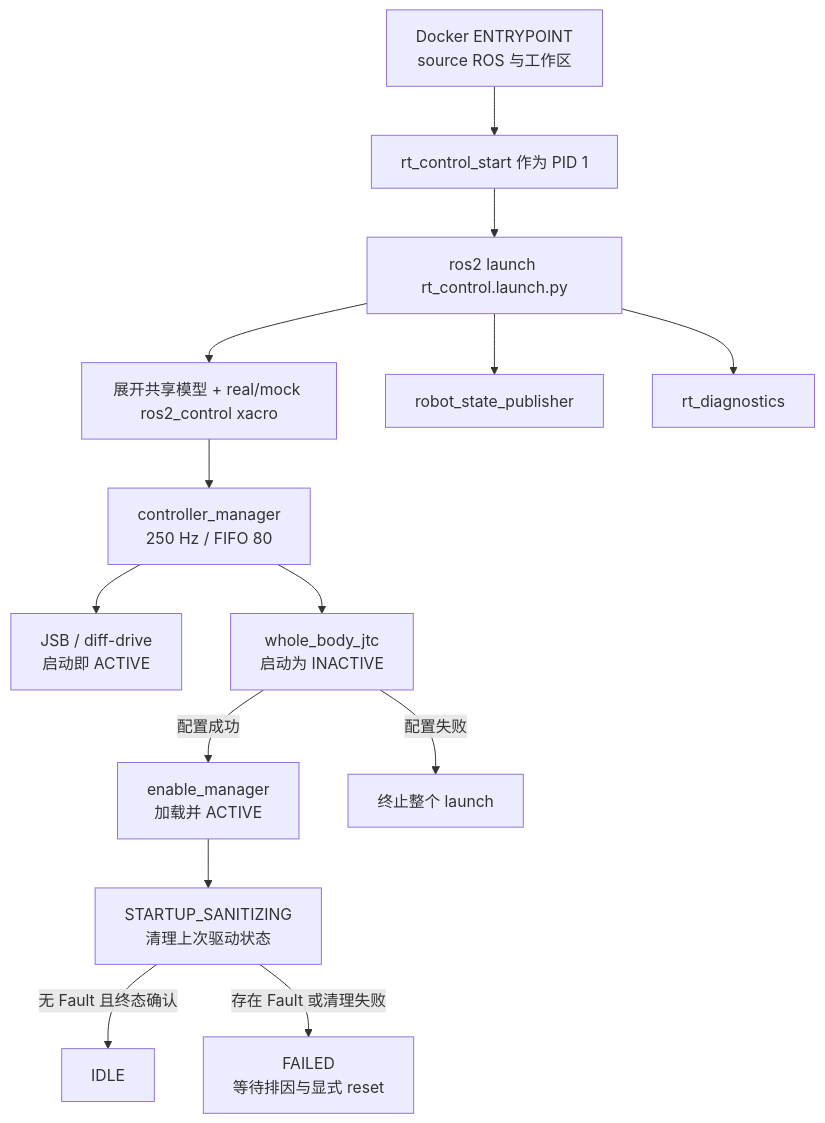
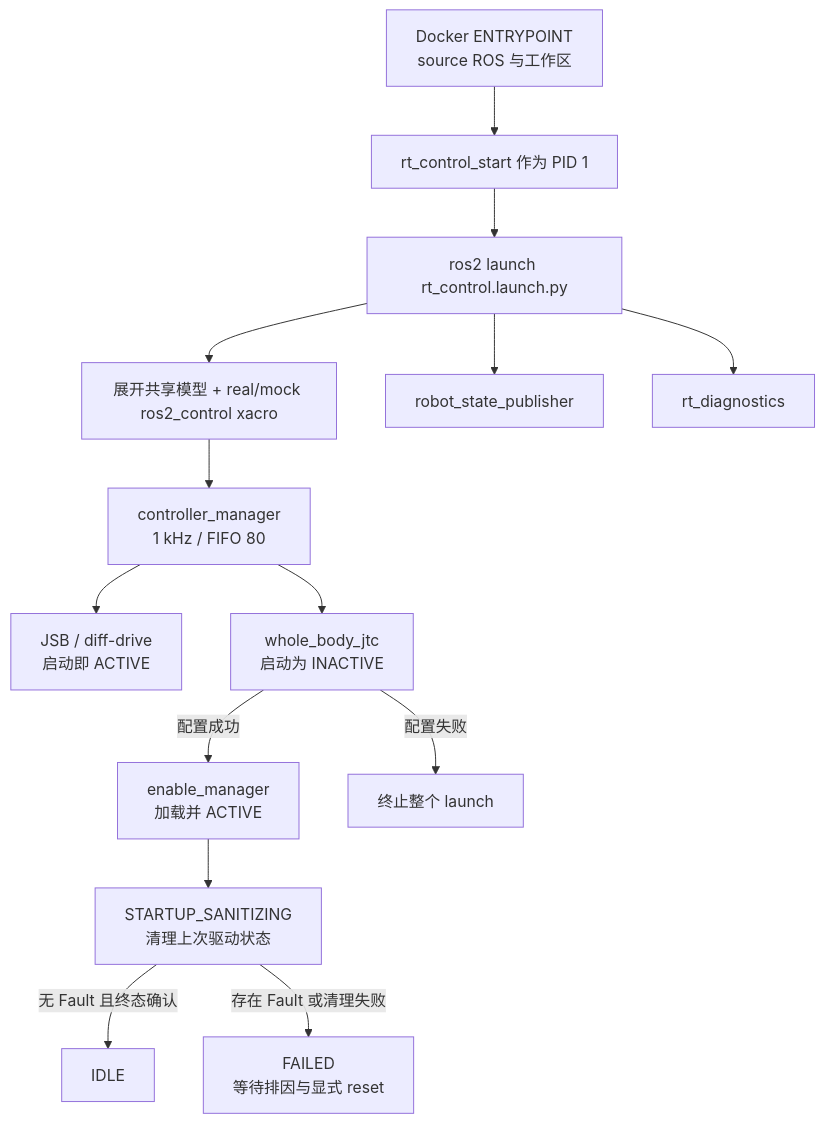
One commit to SevenovaHangzhou/robot_driver changed the third of 4 diagrams in domains/rt_control/docs/onboarding-knowledge-map.md. Above: the diagram before and after it, drawn with Mermaid. The commit also changed other lines of this file and 78 other files, not shown here.

````diff
--- a/domains/rt_control/docs/onboarding-knowledge-map.md
+++ b/domains/rt_control/docs/onboarding-knowledge-map.md
@@ -127,16 +127,16 @@
 ```mermaid
 flowchart TD
     D[Docker ENTRYPOINT<br/>source ROS 与工作区] --> P[rt_control_start 作为 PID 1]
     P --> L[ros2 launch rt_control.launch.py]
     L --> X[展开共享模型 + real/mock ros2_control xacro]
-    X --> CM[controller_manager<br/>250 Hz / FIFO 80]
+    X --> CM[controller_manager<br/>1 kHz / FIFO 80]
     L --> RSP[robot_state_publisher]
     L --> DIAG[rt_diagnostics]
     CM --> A[JSB / diff-drive<br/>启动即 ACTIVE]
     CM --> J[whole_body_jtc<br/>启动为 INACTIVE]
     J -->|配置成功| EM[enable_manager<br/>加载并 ACTIVE]
     EM --> SS[STARTUP_SANITIZING<br/>清理上次驱动状态]
     SS -->|无 Fault 且终态确认| IDLE[IDLE]
     SS -->|存在 Fault 或清理失败| FAILED[FAILED<br/>等待排因与显式 reset]
     J -->|配置失败| STOP[终止整个 launch]
 ```
````
